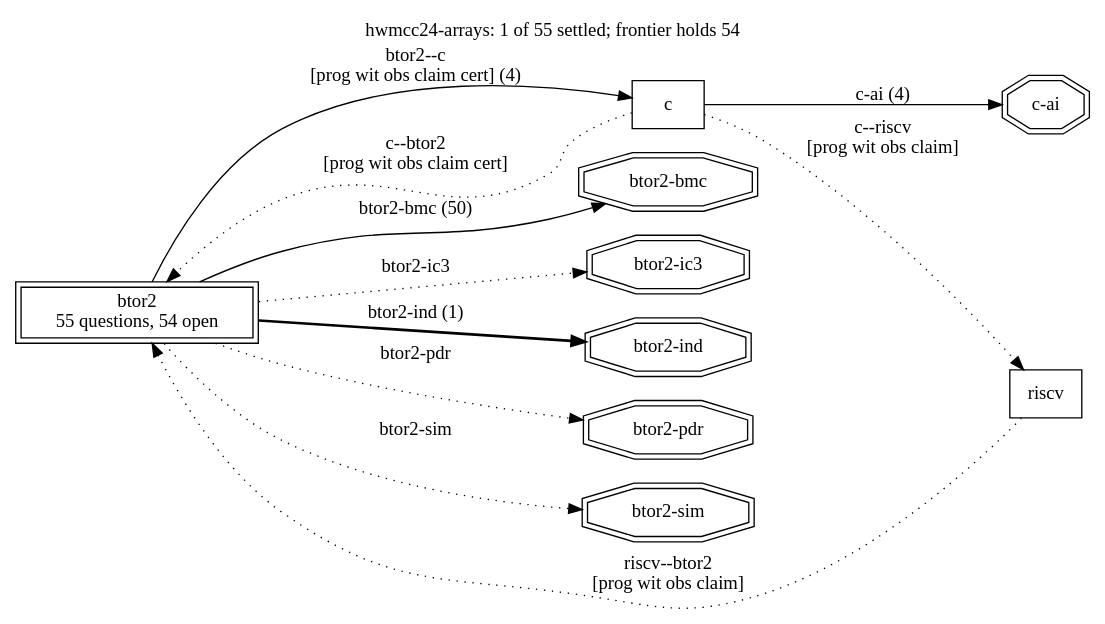
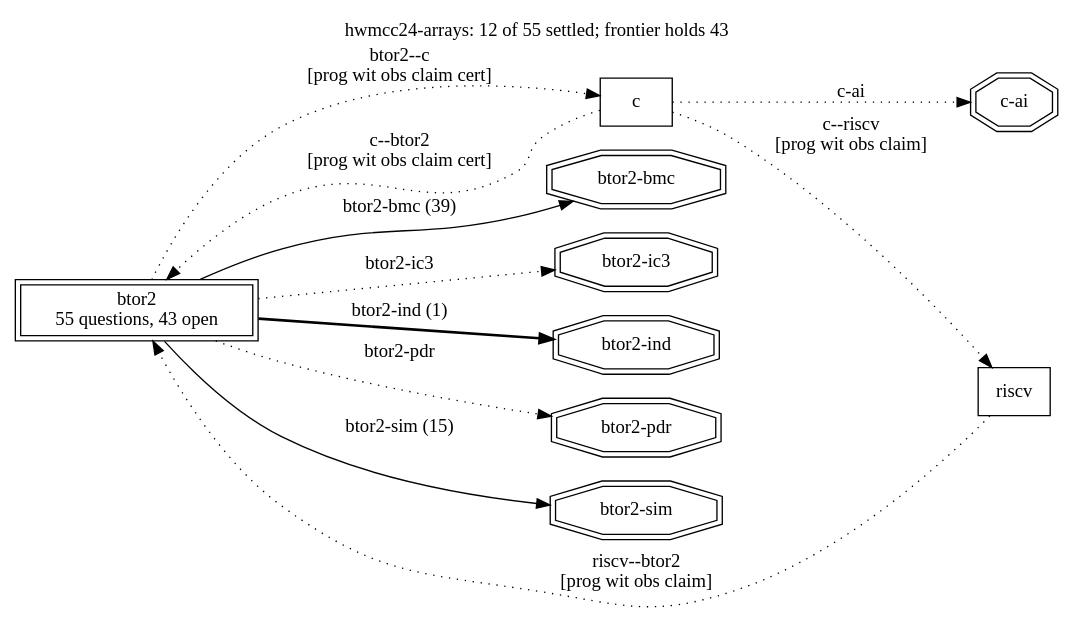
The diagram in runs/hwmcc24-arrays/frontier.dot (cksystemsgroup/hurdy-gurdy), drawn with Graphviz before and after one commit. The commit also changed 11 other files, not shown here.

```diff
--- a/runs/hwmcc24-arrays/frontier.dot
+++ b/runs/hwmcc24-arrays/frontier.dot
@@ -1,24 +1,24 @@
 digraph "hwmcc24-arrays" {
   rankdir=LR; labelloc=t;
-  label="hwmcc24-arrays: 1 of 55 settled; frontier holds 54";
+  label="hwmcc24-arrays: 12 of 55 settled; frontier holds 43";
   node [shape=box];
-  "btor2" [peripheries=2, label="btor2\n55 questions, 54 open"];
+  "btor2" [peripheries=2, label="btor2\n55 questions, 43 open"];
   "c";
   "riscv";
-  "btor2" -> "c" [style=solid, label="btor2--c\n[prog wit obs claim cert] (4)"];
+  "btor2" -> "c" [style=dotted, label="btor2--c\n[prog wit obs claim cert]"];
   "c" -> "btor2" [style=dotted, label="c--btor2\n[prog wit obs claim cert]"];
   "c" -> "riscv" [style=dotted, label="c--riscv\n[prog wit obs claim]"];
   "riscv" -> "btor2" [style=dotted, label="riscv--btor2\n[prog wit obs claim]"];
   "search:btor2-bmc" [shape=doubleoctagon, label="btor2-bmc"];
-  "btor2" -> "search:btor2-bmc" [style=solid, label="btor2-bmc (50)"];
+  "btor2" -> "search:btor2-bmc" [style=solid, label="btor2-bmc (39)"];
   "search:btor2-ic3" [shape=doubleoctagon, label="btor2-ic3"];
   "btor2" -> "search:btor2-ic3" [style=dotted, label="btor2-ic3"];
   "search:btor2-ind" [shape=doubleoctagon, label="btor2-ind"];
   "btor2" -> "search:btor2-ind" [style=bold, label="btor2-ind (1)"];
   "search:btor2-pdr" [shape=doubleoctagon, label="btor2-pdr"];
   "btor2" -> "search:btor2-pdr" [style=dotted, label="btor2-pdr"];
   "search:btor2-sim" [shape=doubleoctagon, label="btor2-sim"];
-  "btor2" -> "search:btor2-sim" [style=dotted, label="btor2-sim"];
+  "btor2" -> "search:btor2-sim" [style=solid, label="btor2-sim (15)"];
   "search:c-ai" [shape=doubleoctagon, label="c-ai"];
-  "c" -> "search:c-ai" [style=solid, label="c-ai (4)"];
+  "c" -> "search:c-ai" [style=dotted, label="c-ai"];
 }
```
